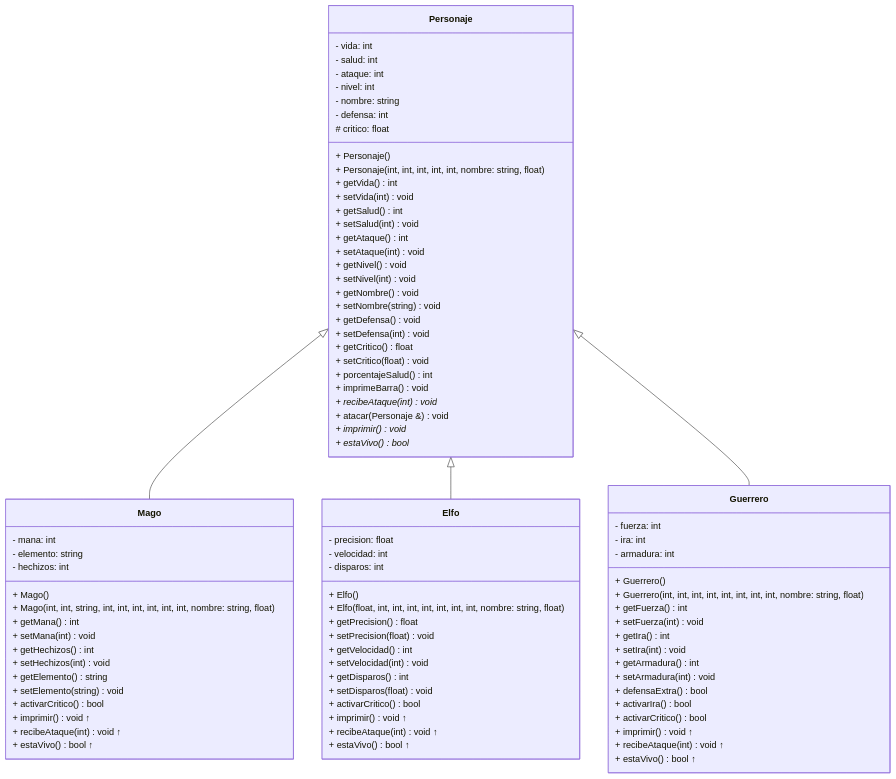
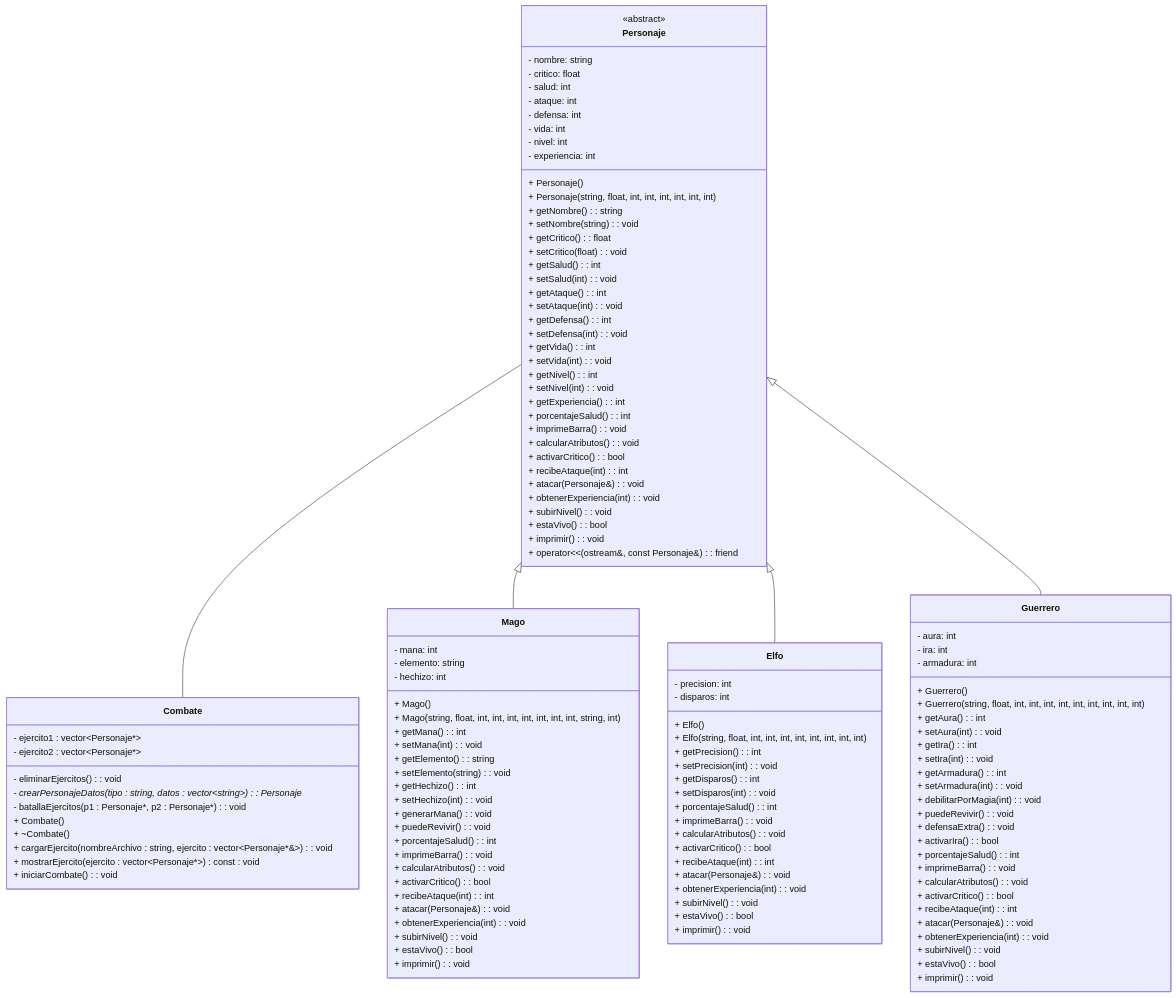
Before and after one commit to MiguelMonroy-hub/Proyecto_A01739891: the diagram in assignments/Proyecto/README.md, drawn with Mermaid. The commit also changed 15 other files, not shown here.

````diff
--- a/assignments/Proyecto/README.md
+++ b/assignments/Proyecto/README.md
@@ -13,98 +13,148 @@
 ```mermaid
 classDiagram
+    Personaje -- Combate
     Personaje <|-- Mago
     Personaje <|-- Elfo
     Personaje <|-- Guerrero
 
-    class Personaje {
-        - vida: int
-        - salud: int
-        - ataque: int
-        - nivel: int
-        - nombre: string
-        - defensa: int
-        # critico: float
+class Personaje {
+    <<abstract>>
+    - nombre: string
+    - critico: float
+    - salud: int
+    - ataque: int
+    - defensa: int
+    - vida: int
+    - nivel: int
+    - experiencia: int
 
-        + Personaje()
-        + Personaje(int, int, int, int, int, nombre: string, float)
-        + getVida() int
-        + setVida(int) void
-        + getSalud() int
-        + setSalud(int) void
-        + getAtaque() int
-        + setAtaque(int) void
-        + getNivel() void
-        + setNivel(int) void
-        + getNombre() void
-        + setNombre(string) void
-        + getDefensa() void
-        + setDefensa(int) void
-        + getCritico() float
-        + setCritico(float) void
-        + porcentajeSalud() int
-        + imprimeBarra() void
-        + recibeAtaque(int) void *
-        + atacar(Personaje &) void
-        + imprimir() void *
-        + estaVivo() bool *
-    }
+    + Personaje()
+    + Personaje(string, float, int, int, int, int, int, int)
 
-    class Mago {
-        - mana: int
-        - elemento: string
-        - hechizos: int
+    + getNombre(): string
+    + setNombre(string): void
+    + getCritico(): float
+    + setCritico(float): void
+    + getSalud(): int
+    + setSalud(int): void
+    + getAtaque(): int
+    + setAtaque(int): void
+    + getDefensa(): int
+    + setDefensa(int): void
+    + getVida(): int
+    + setVida(int): void
+    + getNivel(): int
+    + setNivel(int): void
+    + getExperiencia(): int
 
-        + Mago()
-        + Mago(int, int, string, int, int, int, int, int, int, nombre: string, float)
-        + getMana() int
-        + setMana(int) void
-        + getHechizos() int
-        + setHechizos(int) void
-        + getElemento() string
-        + setElemento(string) void
-        + activarCritico() bool
-        + imprimir() void ↑
-        + recibeAtaque(int) void ↑
-        + estaVivo() bool ↑
-    }
+    + porcentajeSalud(): int
+    + imprimeBarra(): void
+    + calcularAtributos(): void
+    + activarCritico(): bool
+    + recibeAtaque(int): int
+    + atacar(Personaje&): void
+    + obtenerExperiencia(int): void
+    + subirNivel(): void
+    + estaVivo(): bool
+    + imprimir(): void
 
-    class Elfo {
-        - precision: float
-        - velocidad: int
-        - disparos: int
+    + operator<<(ostream&, const Personaje&): friend
+}
 
-        + Elfo()
-        + Elfo(float, int, int, int, int, int, int, int, nombre: string, float)
-        + getPrecision() float
-        + setPrecision(float) void
-        + getVelocidad() int
-        + setVelocidad(int) void
-        + getDisparos() int
-        + setDisparos(float) void
-        + activarCritico() bool
-        + imprimir() void ↑
-        + recibeAtaque(int) void ↑
-        + estaVivo() bool ↑
-    }
+class Combate{
+    - ejercito1 : vector~Personaje*~
+    - ejercito2 : vector~Personaje*~
+    - eliminarEjercitos() : void
+    - crearPersonajeDatos(tipo : string, datos : vector~string~) : Personaje*
+    - batallaEjercitos(p1 : Personaje*, p2 : Personaje*) : void
+    + Combate()
+    + ~Combate()
+    + cargarEjercito(nombreArchivo : string, ejercito : vector~Personaje*&~) : void
+    + mostrarEjercito(ejercito : vector~Personaje*~) const : void
+    + iniciarCombate() : void
+}
 
-    class Guerrero {
-        - fuerza: int
-        - ira: int
-        - armadura: int
+class Mago {
+    - mana: int
+    - elemento: string
+    - hechizo: int
 
-        + Guerrero()
-        + Guerrero(int, int, int, int, int, int, int, int, nombre: string, float)
-        + getFuerza() int
-        + setFuerza(int) void
-        + getIra() int
-        + setIra(int) void
-        + getArmadura() int
-        + setArmadura(int) void
-        + defensaExtra() bool
-        + activarIra() bool
-        + activarCritico() bool
-        + imprimir() void ↑
-        + recibeAtaque(int) void ↑
-        + estaVivo() bool ↑
-    }
+    + Mago()
+    + Mago(string, float, int, int, int, int, int, int, int, string, int)
+
+    + getMana(): int
+    + setMana(int): void
+    + getElemento(): string
+    + setElemento(string): void
+    + getHechizo(): int
+    + setHechizo(int): void
+
+    + generarMana(): void
+    + puedeRevivir(): void
+    + porcentajeSalud(): int
+    + imprimeBarra(): void
+    + calcularAtributos(): void
+    + activarCritico(): bool
+    + recibeAtaque(int): int
+    + atacar(Personaje&): void
+    + obtenerExperiencia(int): void
+    + subirNivel(): void
+    + estaVivo(): bool
+    + imprimir(): void
+}
+
+class Elfo {
+    - precision: int
+    - disparos: int
+
+    + Elfo()
+    + Elfo(string, float, int, int, int, int, int, int, int, int)
+
+    + getPrecision(): int
+    + setPrecision(int): void
+    + getDisparos(): int
+    + setDisparos(int): void
+
+    + porcentajeSalud(): int
+    + imprimeBarra(): void
+    + calcularAtributos(): void
+    + activarCritico(): bool
+    + recibeAtaque(int): int
+    + atacar(Personaje&): void
+    + obtenerExperiencia(int): void
+    + subirNivel(): void
+    + estaVivo(): bool
+    + imprimir(): void
+}
+
+class Guerrero {
+    - aura: int
+    - ira: int
+    - armadura: int
+
+    + Guerrero()
+    + Guerrero(string, float, int, int, int, int, int, int, int, int, int)
+
+    + getAura(): int
+    + setAura(int): void
+    + getIra(): int
+    + setIra(int): void
+    + getArmadura(): int
+    + setArmadura(int): void
+
+    + debilitarPorMagia(int): void
+    + puedeRevivir(): void
+    + defensaExtra(): void
+    + activarIra(): bool
+    + porcentajeSalud(): int
+    + imprimeBarra(): void
+    + calcularAtributos(): void
+    + activarCritico(): bool
+    + recibeAtaque(int): int
+    + atacar(Personaje&): void
+    + obtenerExperiencia(int): void
+    + subirNivel(): void
+    + estaVivo(): bool
+    + imprimir(): void
+}
 ``` 
````
